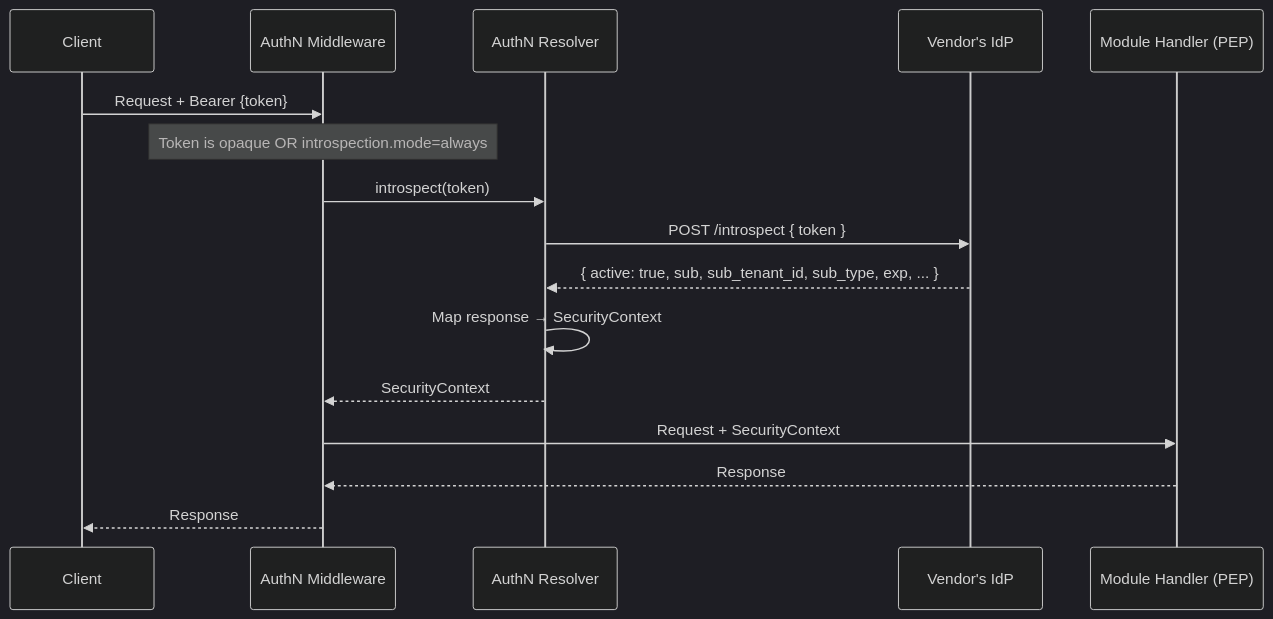
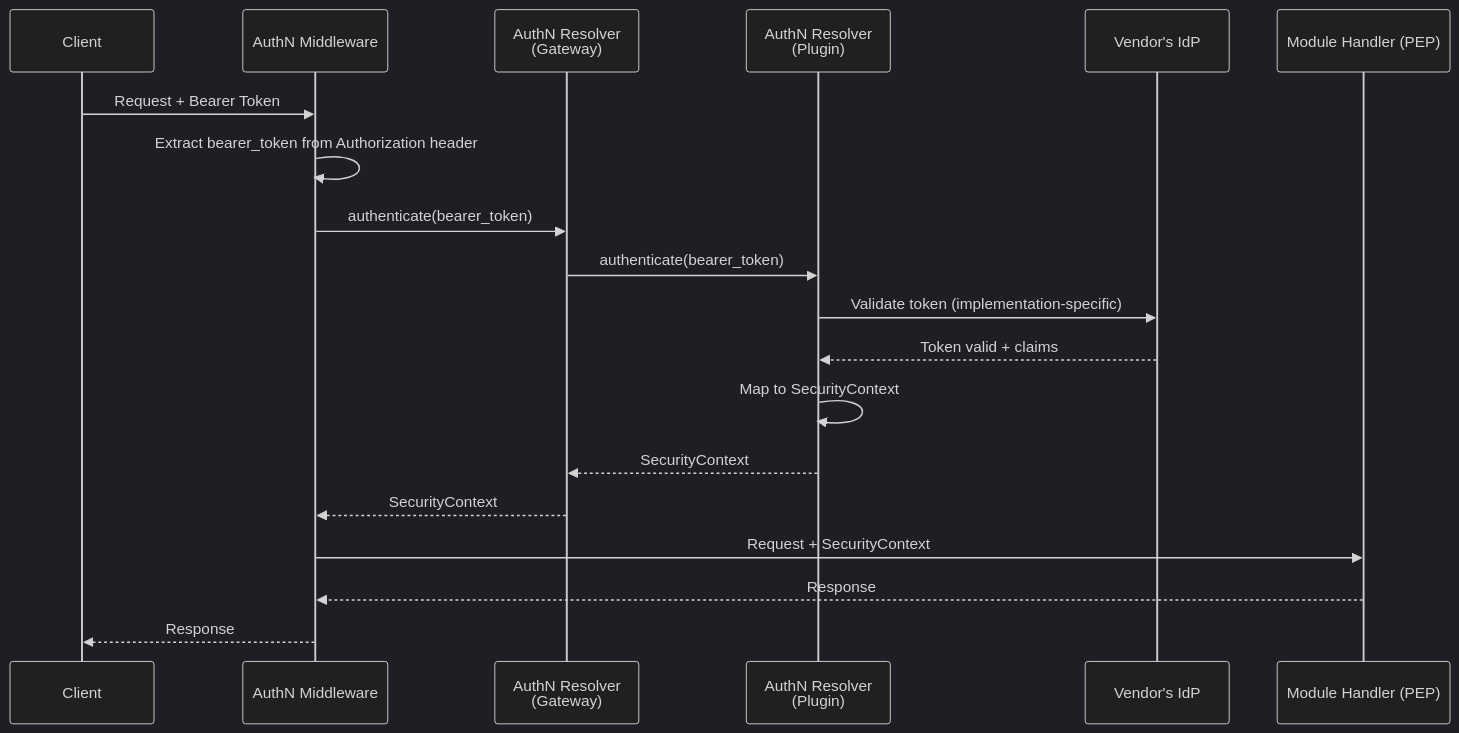
The third of 4 diagrams in docs/authorization/AUTH.md (aviator5/hyperspot), drawn with Mermaid (dark theme) before and after one commit. The commit also changed other lines of this file and 1 other file, not shown here.

````diff
--- a/docs/authorization/AUTH.md
+++ b/docs/authorization/AUTH.md
@@ -457,21 +405,22 @@
 ```mermaid
 sequenceDiagram
     participant Client
     participant Middleware as AuthN Middleware
-    participant AuthN as AuthN Resolver
+    participant Gateway as AuthN Resolver<br/>(Gateway)
+    participant Plugin as AuthN Resolver<br/>(Plugin)
     participant IdP as Vendor's IdP
     participant Handler as Module Handler (PEP)
 
-    Client->>Middleware: Request + Bearer {token}
-
-    Note over Middleware: Token is opaque OR introspection.mode=always
-
-    Middleware->>AuthN: introspect(token)
-    AuthN->>IdP: POST /introspect { token }
-    IdP-->>AuthN: { active: true, sub, sub_tenant_id, sub_type, exp, ... }
-    AuthN->>AuthN: Map response → SecurityContext
-    AuthN-->>Middleware: SecurityContext
+    Client->>Middleware: Request + Bearer Token
+    Middleware->>Middleware: Extract bearer_token from Authorization header
+    Middleware->>Gateway: authenticate(bearer_token)
+    Gateway->>Plugin: authenticate(bearer_token)
+    Plugin->>IdP: Validate token (implementation-specific)
+    IdP-->>Plugin: Token valid + claims
+    Plugin->>Plugin: Map to SecurityContext
+    Plugin-->>Gateway: SecurityContext
+    Gateway-->>Middleware: SecurityContext
     Middleware->>Handler: Request + SecurityContext
     Handler-->>Middleware: Response
     Middleware-->>Client: Response
 ```
````
